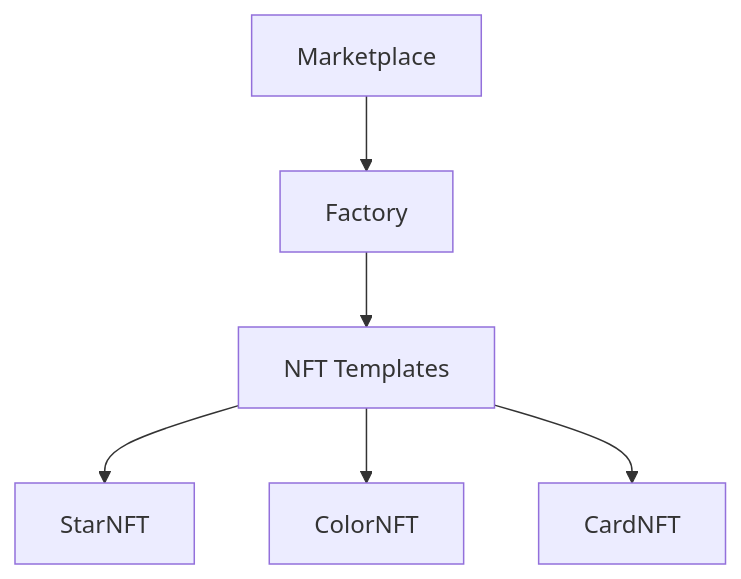
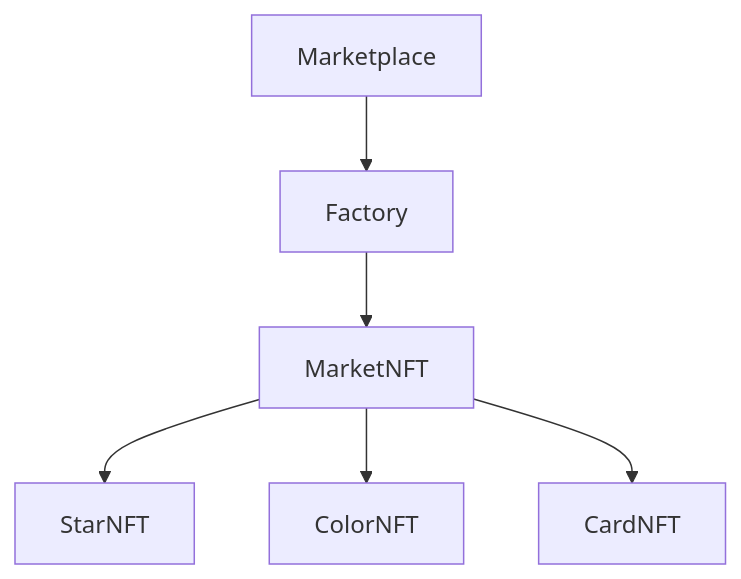
The diagram in README.md (white-mi/NFT-Marketplace), drawn with Mermaid before and after one commit. The commit also changed other lines of this file and 1 other file, not shown here.

````diff
--- a/README.md
+++ b/README.md
@@ -12,8 +12,8 @@
 ```mermaid
 graph TD
     Marketplace --> Factory
-    Factory --> MarketNFT[NFT Templates]
+    Factory --> MarketNFT
     MarketNFT --> StarNFT
     MarketNFT --> ColorNFT
     MarketNFT --> CardNFT
 ```
````
